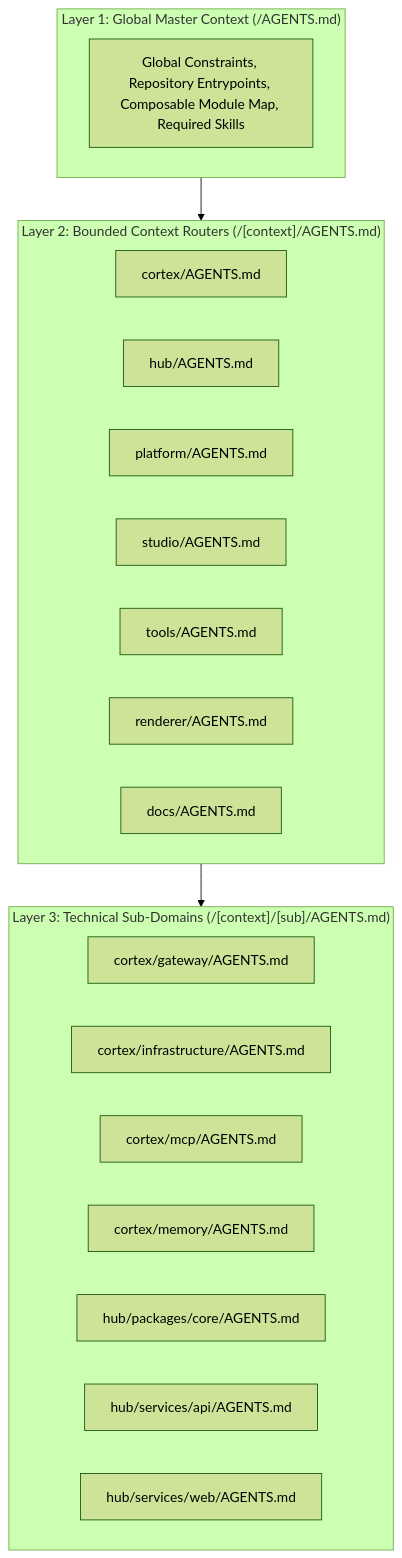
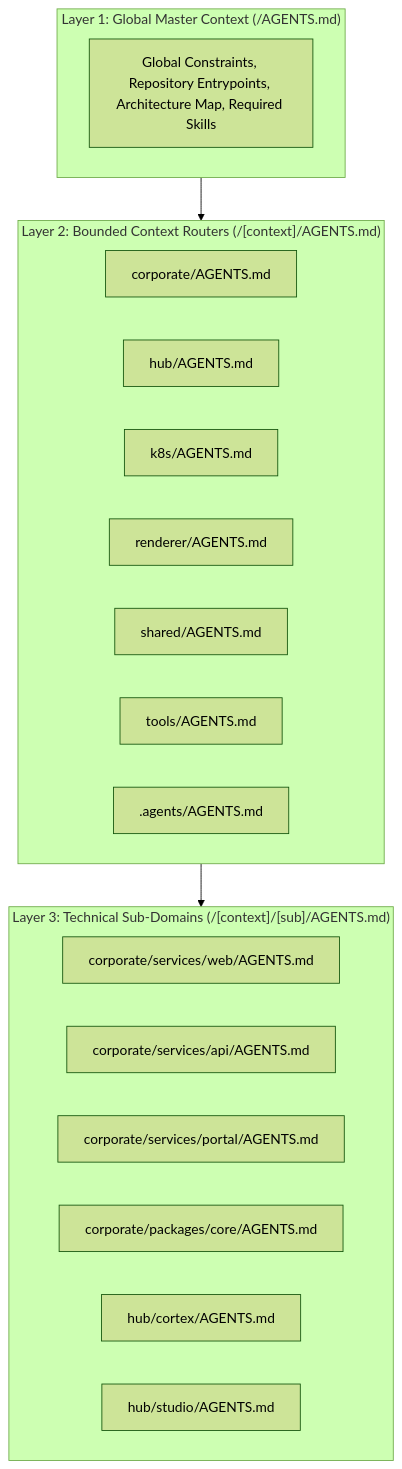
One commit to tupynambalucas/tupynambalucas changed the diagram in corporate/collections/namespaces/portal/content/docs/workspaces/agents/explanation/ai-context-architecture.mdx. Above: the diagram before and after it, drawn with Mermaid (forest theme). The commit also changed other lines of this file and 86 other files, not shown here.

Commit message:
docs(portal): update architecture guides and bounded context documentation

````diff
--- a/corporate/collections/namespaces/portal/content/docs/workspaces/agents/explanation/ai-context-architecture.mdx
+++ b/corporate/collections/namespaces/portal/content/docs/workspaces/agents/explanation/ai-context-architecture.mdx
@@ -27,29 +27,28 @@
 ```mermaid
 flowchart TD
   subgraph Layer1 ["Layer 1: Global Master Context (/AGENTS.md)"]
-    L1Rules["Global Constraints, Repository Entrypoints, Composable Module Map, Required Skills"]
+    L1Rules["Global Constraints, Repository Entrypoints, Architecture Map, Required Skills"]
   end
 
   subgraph Layer2 ["Layer 2: Bounded Context Routers (/[context]/AGENTS.md)"]
-    L2Cortex["cortex/AGENTS.md"]
+    L2Corporate["corporate/AGENTS.md"]
     L2Hub["hub/AGENTS.md"]
-    L2Platform["platform/AGENTS.md"]
-    L2Studio["studio/AGENTS.md"]
+    L2K8s["k8s/AGENTS.md"]
+    L2Renderer["renderer/AGENTS.md"]
+    L2Shared["shared/AGENTS.md"]
     L2Tools["tools/AGENTS.md"]
-    L2Renderer["renderer/AGENTS.md"]
-    L2Docs["docs/AGENTS.md"]
+    L2Agents[".agents/AGENTS.md"]
   end
 
   subgraph Layer3 ["Layer 3: Technical Sub-Domains (/[context]/[sub]/AGENTS.md)"]
-    L3GW["cortex/gateway/AGENTS.md"]
-    L3Infra["cortex/infrastructure/AGENTS.md"]
-    L3MCP["cortex/mcp/AGENTS.md"]
-    L3Mem["cortex/memory/AGENTS.md"]
-    L3HCore["hub/packages/core/AGENTS.md"]
-    L3HApi["hub/services/api/AGENTS.md"]
-    L3HWeb["hub/services/web/AGENTS.md"]
+    L3CorpWeb["corporate/services/web/AGENTS.md"]
+    L3CorpApi["corporate/services/api/AGENTS.md"]
+    L3CorpPortal["corporate/services/portal/AGENTS.md"]
+    L3CorpCore["corporate/packages/core/AGENTS.md"]
+    L3HubCortex["hub/cortex/AGENTS.md"]
+    L3HubStudio["hub/studio/AGENTS.md"]
   end
 
   Layer1 --> Layer2
   Layer2 --> Layer3
 ```
````
